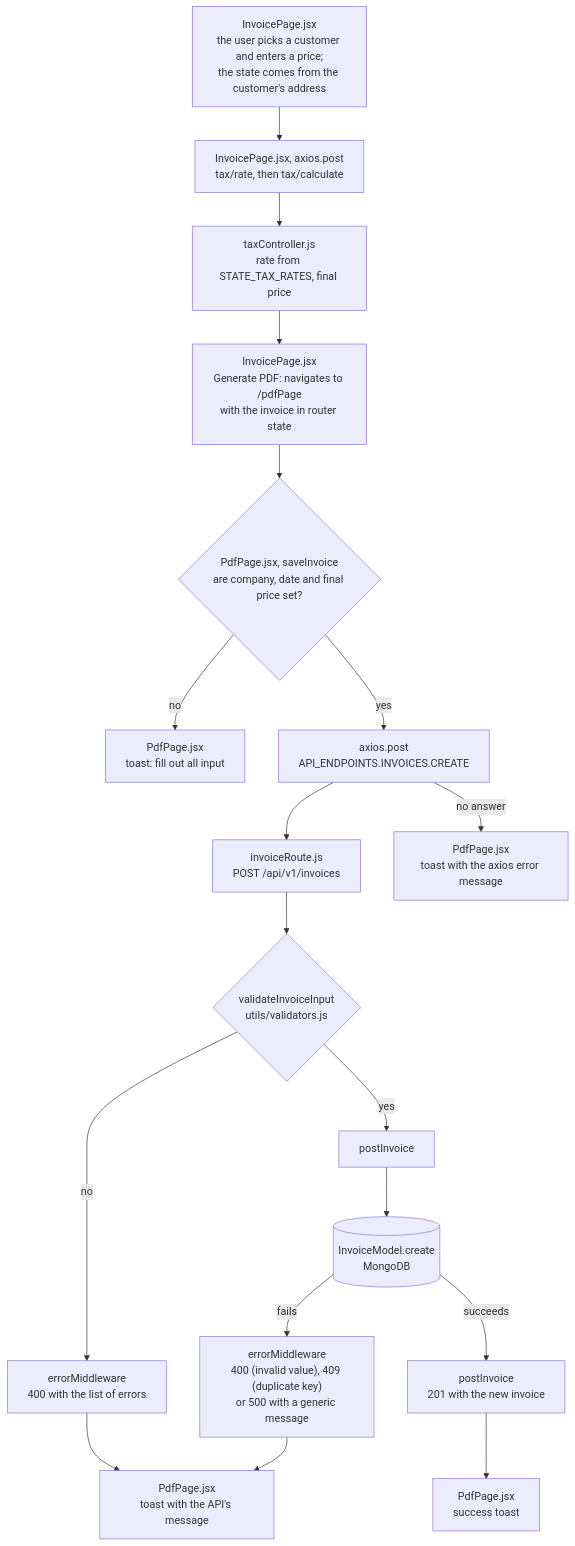
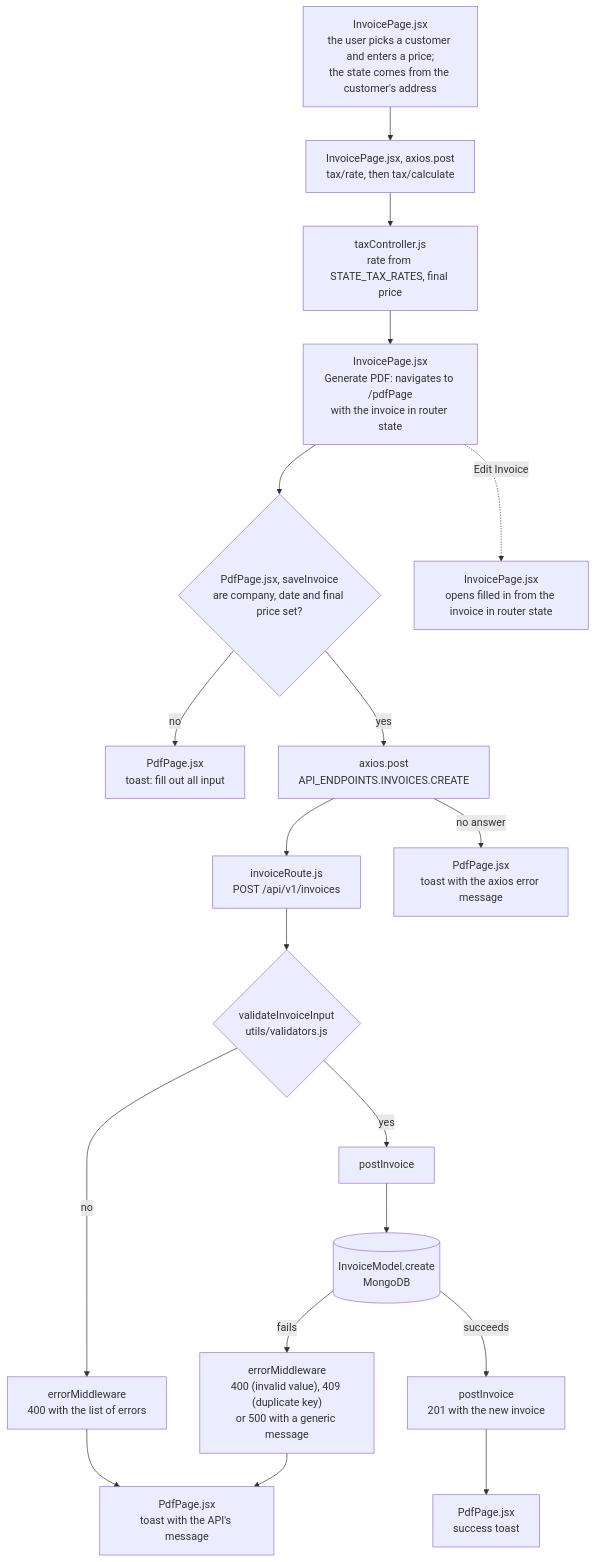
The second of 2 diagrams in Harness_Config/Context/DataFlow.md (MatheusCastro99/InvoiceMe), drawn with Mermaid before and after one commit. The commit also changed other lines of this file and 4 other files, not shown here.

Commit message:
feat: Edit Invoice carries the invoice back to the invoice page (#149)

````diff
--- a/Harness_Config/Context/DataFlow.md
+++ b/Harness_Config/Context/DataFlow.md
@@ -36,20 +36,21 @@
 ```mermaid
 flowchart TD
     A["InvoicePage.jsx<br/>the user picks a customer and enters a price;<br/>the state comes from the customer's address"] --> T["InvoicePage.jsx, axios.post<br/>tax/rate, then tax/calculate"]
     T --> T1["taxController.js<br/>rate from STATE_TAX_RATES, final price"]
     T1 --> A2["InvoicePage.jsx<br/>Generate PDF: navigates to /pdfPage<br/>with the invoice in router state"]
     A2 --> B{"PdfPage.jsx, saveInvoice<br/>are company, date and final price set?"}
     B -- "no" --> B1["PdfPage.jsx<br/>toast: fill out all input"]
     B -- "yes" --> C["axios.post<br/>API_ENDPOINTS.INVOICES.CREATE"]
     C --> D["invoiceRoute.js<br/>POST /api/v1/invoices"]
     C -- "no answer" --> C1["PdfPage.jsx<br/>toast with the axios error message"]
     D --> E{"validateInvoiceInput<br/>utils/validators.js"}
     E -- "no" --> E1["errorMiddleware<br/>400 with the list of errors"]
     E -- "yes" --> F["postInvoice"]
     F --> G[("InvoiceModel.create<br/>MongoDB")]
     G -- "fails" --> G1["errorMiddleware<br/>400 (invalid value), 409 (duplicate key)<br/>or 500 with a generic message"]
     G -- "succeeds" --> H["postInvoice<br/>201 with the new invoice"]
     E1 --> I["PdfPage.jsx<br/>toast with the API's message"]
     G1 --> I
     H --> K["PdfPage.jsx<br/>success toast"]
+    A2 -. "Edit Invoice" .-> A3["InvoicePage.jsx<br/>opens filled in from the invoice in router state"]
 ```
````
